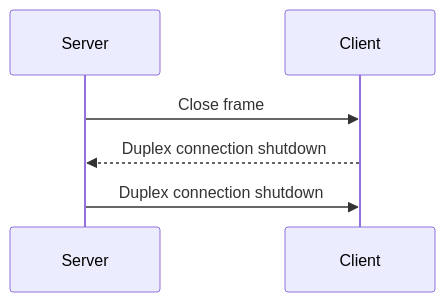
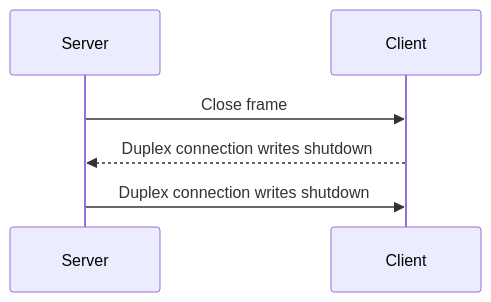
Before and after one commit to icerpc/icerpc-docs: the second of 2 diagrams in pages/icerpc/slic-transport/connection-closure.md, drawn with Mermaid. The commit also changed other lines of this file, not shown here.

Commit message:
Simplified callout about connection writes shutdown

````diff
--- a/pages/icerpc/slic-transport/connection-closure.md
+++ b/pages/icerpc/slic-transport/connection-closure.md
@@ -58,6 +58,6 @@
 ```mermaid
 sequenceDiagram
     Server->>Client: Close frame
-    Client-->>Server: Duplex connection shutdown
-    Server->>Client: Duplex connection shutdown
+    Client-->>Server: Duplex connection writes shutdown
+    Server->>Client: Duplex connection writes shutdown
 ```
````
